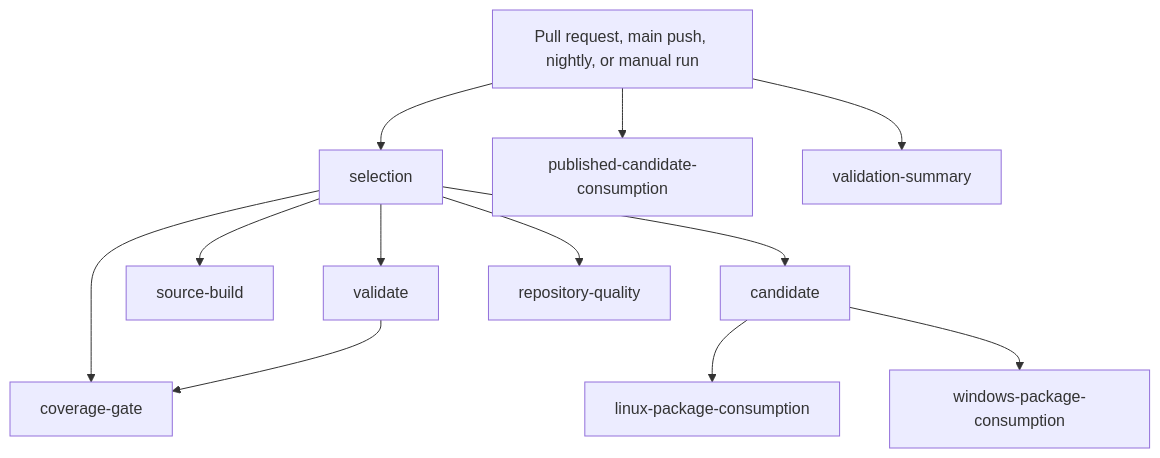
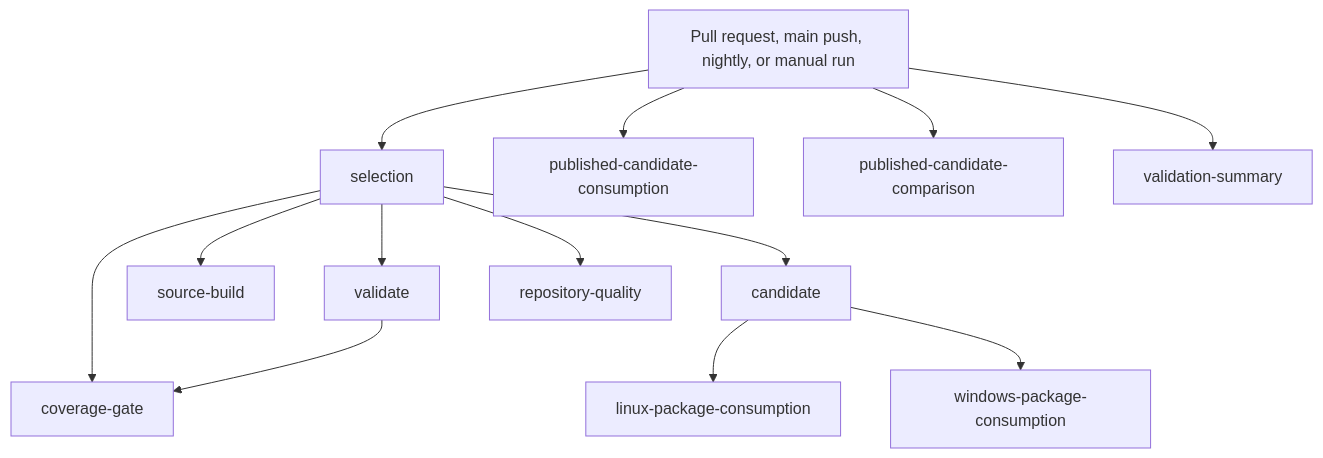
Before and after one commit to danigutsch/PandaBear.SharedKernel: the second of 2 diagrams in docs/architecture/README.md, drawn with Mermaid. The commit also changed 94 other files, not shown here.

First line of the commit message:
feat(nuget): plan and verify upgrades from restored package graphs (#538)

````diff
--- a/docs/architecture/README.md
+++ b/docs/architecture/README.md
@@ -193,25 +193,27 @@
 ```mermaid
 flowchart TB
     trigger[Pull request, main push, nightly, or manual run]
     selection[selection]
     validate[validate]
     coverage_gate[coverage-gate]
     source_build[source-build]
     candidate[candidate]
     linux_package_consumption[linux-package-consumption]
     windows_package_consumption[windows-package-consumption]
     repository_quality[repository-quality]
     published_candidate_consumption[published-candidate-consumption]
+    published_candidate_comparison[published-candidate-comparison]
     validation_summary[validation-summary]
     trigger --> selection
     selection --> validate
     selection --> coverage_gate
     validate --> coverage_gate
     selection --> source_build
     selection --> candidate
     candidate --> linux_package_consumption
     candidate --> windows_package_consumption
     selection --> repository_quality
     trigger --> published_candidate_consumption
+    trigger --> published_candidate_comparison
     trigger --> validation_summary
 ```
````
